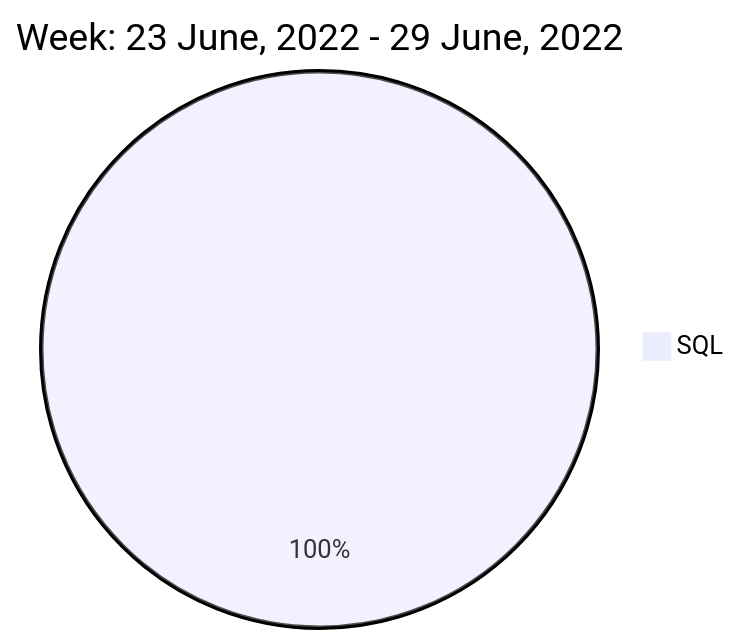
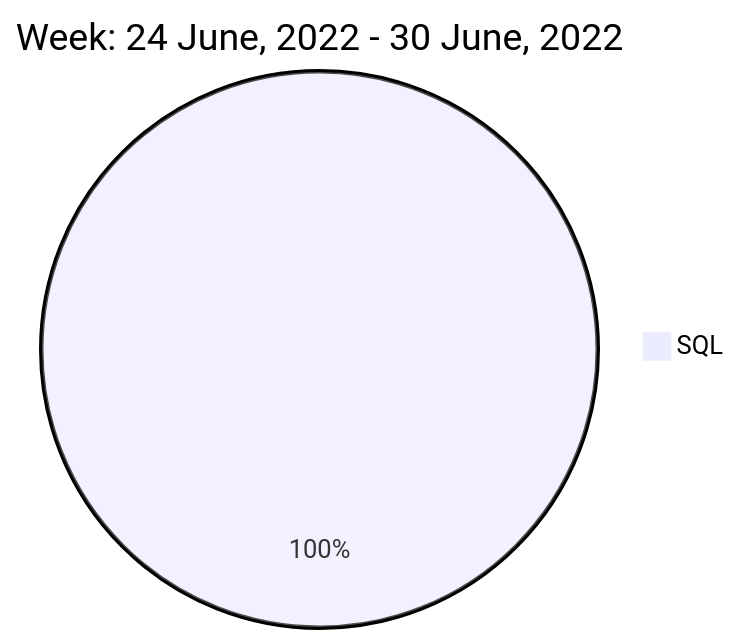
The diagram in README.md (liubin95/liubin95), drawn with Mermaid before and after one commit.

Commit message:
Updated the Graph with new Metrics

````diff
--- a/README.md
+++ b/README.md
@@ -40,5 +40,5 @@
 ```mermaid
  pie
-title Week: 23 June, 2022 - 29 June, 2022
- "SQL" : 2.23
+title Week: 24 June, 2022 - 30 June, 2022
+ "SQL" : 1.75
 ```
````
